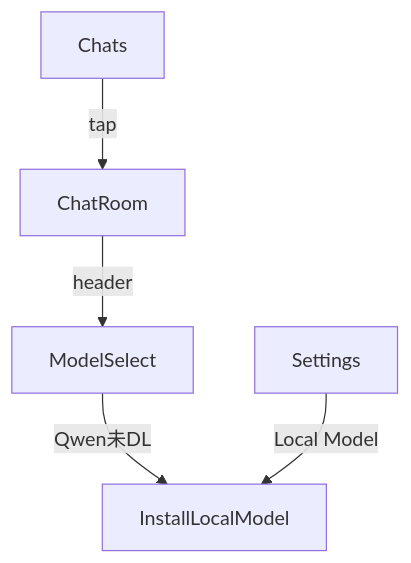
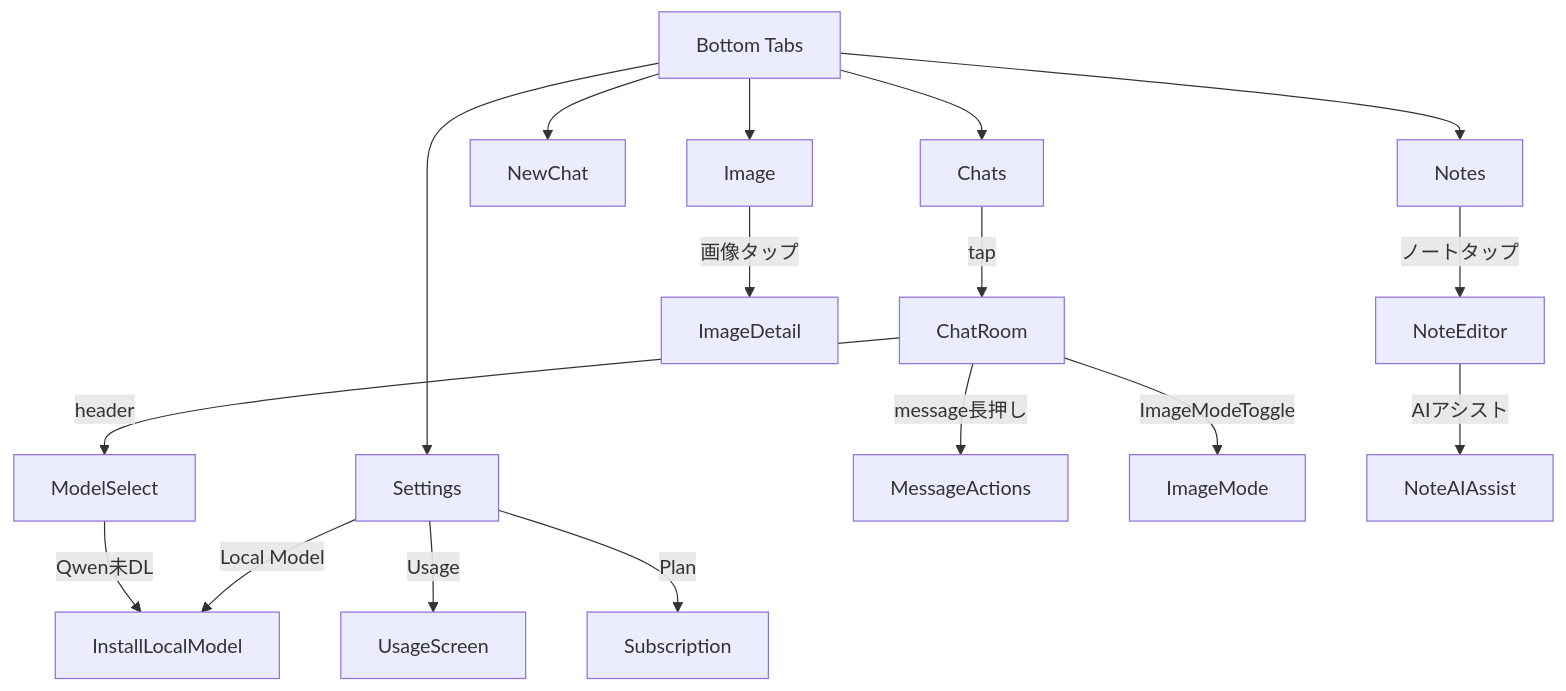
The diagram in screen_design.md (WebAppAI0410/AIChatBot), drawn with Mermaid before and after one commit. The commit also changed other lines of this file and 3 other files, not shown here.

````diff
--- a/screen_design.md
+++ b/screen_design.md
@@ -52,7 +120,15 @@
 ```mermaid
 flowchart TD
+  Tabs["Bottom Tabs"] --> Chats & NewChat & Image & Notes & Settings
   Chats --tap--> ChatRoom
   ChatRoom --header--> ModelSelect
   ModelSelect --Qwen未DL--> InstallLocalModel
+  ChatRoom --message長押し--> MessageActions
+  ChatRoom --ImageModeToggle--> ImageMode
+  Image --画像タップ--> ImageDetail
+  Notes --ノートタップ--> NoteEditor
+  NoteEditor --AIアシスト--> NoteAIAssist
+  Settings --Usage--> UsageScreen
   Settings --Local Model--> InstallLocalModel
+  Settings --Plan--> Subscription
 ```
````
